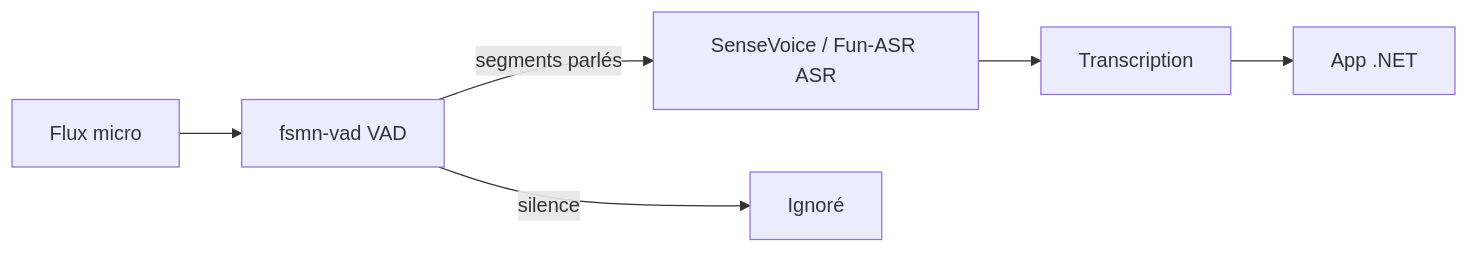
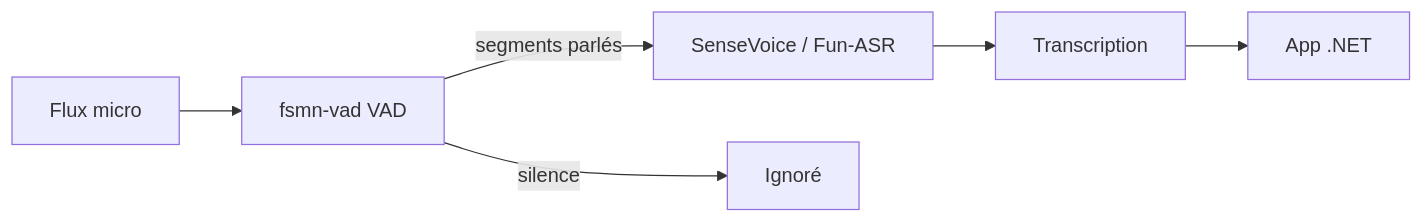
One commit to LINDECKER-Charles/MaVeille changed the first of 2 diagrams in report/categorie/IA/2026-06-20_detail.md. Above: the diagram before and after it, drawn with Mermaid. The commit also changed other lines of this file and 2 other files, not shown here.

````diff
--- a/report/categorie/IA/2026-06-20_detail.md
+++ b/report/categorie/IA/2026-06-20_detail.md
@@ -23,8 +20,8 @@
 ```mermaid
 flowchart LR
   mic[Flux micro] --> vad[fsmn-vad VAD]
-  vad -->|segments parlés| asr[SenseVoice / Fun-ASR ASR]
+  vad -->|segments parlés| asr[SenseVoice / Fun-ASR]
   vad -->|silence| drop[Ignoré]
   asr --> text[Transcription]
   text --> app[App .NET]
 ```
````
